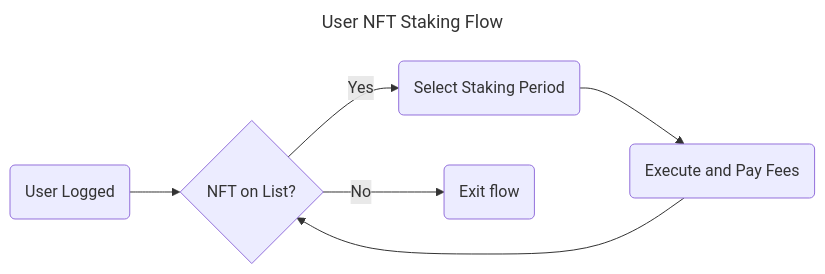
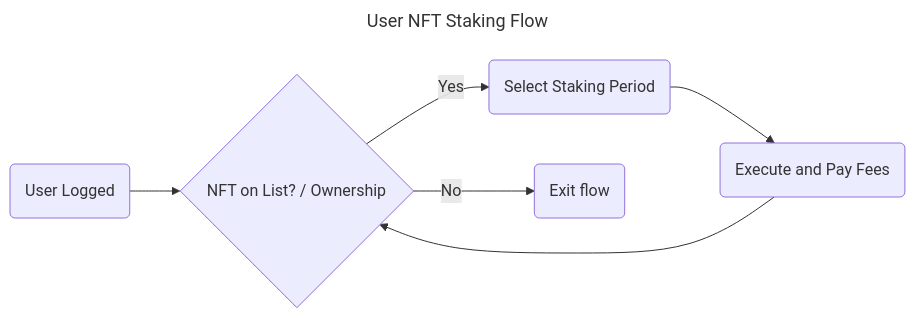
The diagram in learn/stories/0003-nft-staking.md (Lazychain/docs), drawn with Mermaid before and after one commit. The commit also changed other lines of this file and 3 other files, not shown here.

````diff
--- a/learn/stories/0003-nft-staking.md
+++ b/learn/stories/0003-nft-staking.md
@@ -3,11 +3,11 @@
 ```mermaid
 ---
 title: User NFT Staking Flow
 ---
 flowchart LR
-    A(User Logged) --> B{NFT on List?}
+    A(User Logged) --> B{NFT on List? / Ownership}
     B --> |Yes| C(Select Staking Period)
     C --> D(Execute and Pay Fees)
     D --> B    
     B --> |No| X(Exit flow)
 ```
````
